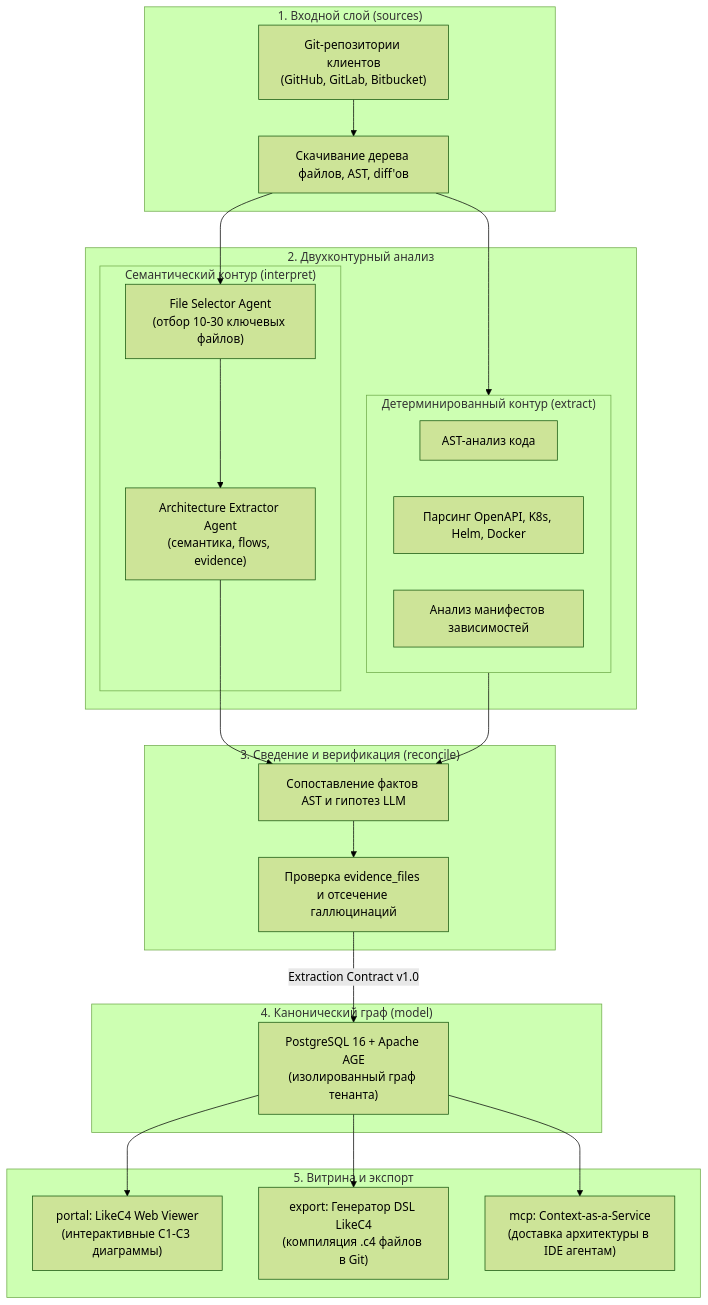
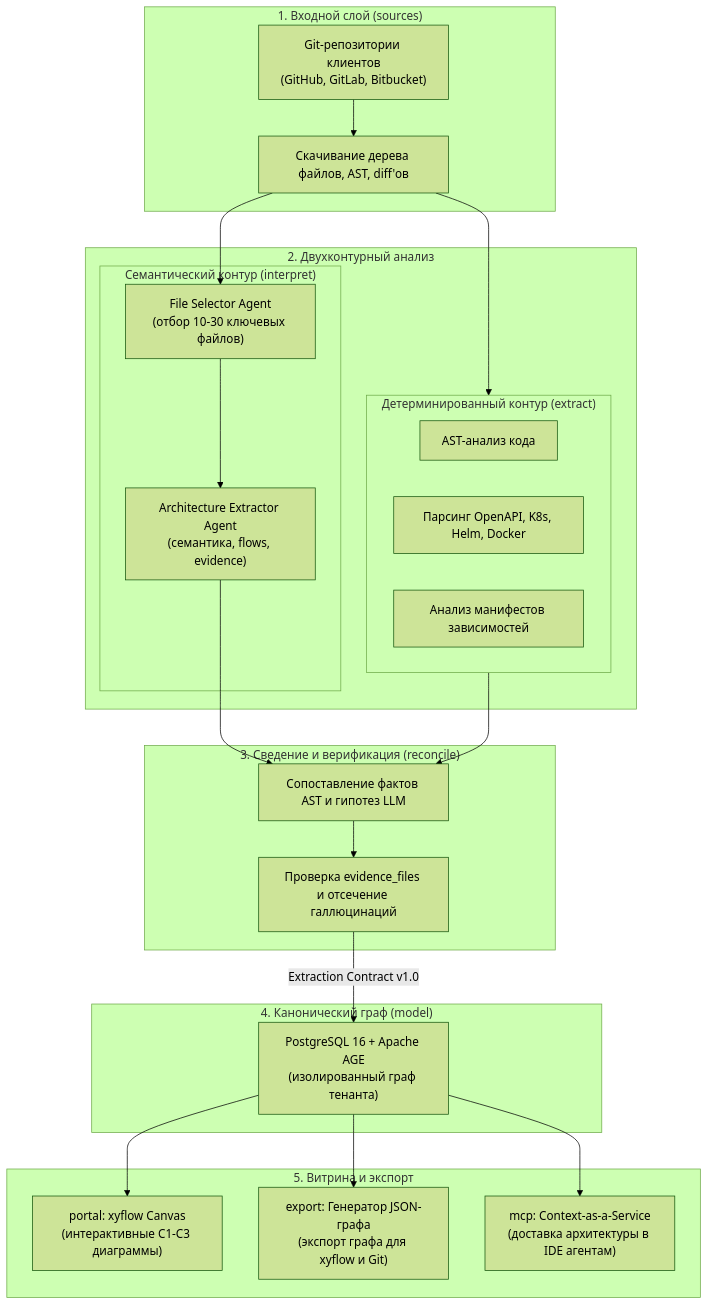
The first of 2 diagrams in docs/architecture/code-to-architecture.md (teamv39/archon), drawn with Mermaid (forest theme) before and after one commit. The commit also changed other lines of this file and 28 other files, not shown here.

First line of the commit message:
ARCH-57: xyflow полностью заменяет LikeC4 (ADR-0008)

````diff
--- a/docs/architecture/code-to-architecture.md
+++ b/docs/architecture/code-to-architecture.md
@@ -37,46 +37,46 @@
 ```mermaid
 flowchart TD
     subgraph SOURCES ["1. Входной слой (sources)"]
         repo["Git-репозитории клиентов<br/>(GitHub, GitLab, Bitbucket)"]
         fetcher["Скачивание дерева файлов, AST, diff'ов"]
     end
 
     subgraph ANALYSIS ["2. Двухконтурный анализ"]
         subgraph DET ["Детерминированный контур (extract)"]
             ast["AST-анализ кода"]
             manifests["Парсинг OpenAPI, K8s, Helm, Docker"]
             deps["Анализ манифестов зависимостей"]
         end
         subgraph SEM ["Семантический контур (interpret)"]
             selector["File Selector Agent<br/>(отбор 10-30 ключевых файлов)"]
             extractor["Architecture Extractor Agent<br/>(семантика, flows, evidence)"]
         end
     end
 
     subgraph RECONCILE ["3. Сведение и верификация (reconcile)"]
         merge["Сопоставление фактов AST и гипотез LLM"]
         verif["Проверка evidence_files и отсечение галлюцинаций"]
     end
 
     subgraph STORAGE ["4. Канонический граф (model)"]
         age["PostgreSQL 16 + Apache AGE<br/>(изолированный граф тенанта)"]
     end
 
     subgraph PRESENTATION ["5. Витрина и экспорт"]
-        portal["portal: LikeC4 Web Viewer<br/>(интерактивные C1-C3 диаграммы)"]
-        export["export: Генератор DSL LikeC4<br/>(компиляция .c4 файлов в Git)"]
+        portal["portal: xyflow Canvas<br/>(интерактивные C1-C3 диаграммы)"]
+        export["export: Генератор JSON-графа<br/>(экспорт графа для xyflow и Git)"]
         mcp["mcp: Context-as-a-Service<br/>(доставка архитектуры в IDE агентам)"]
     end
 
     repo --> fetcher
     fetcher --> DET
     fetcher --> selector
     selector --> extractor
     DET --> merge
     extractor --> merge
     merge --> verif
     verif -->|"Extraction Contract v1.0"| age
     age --> portal
     age --> export
     age --> mcp
 ```
````
